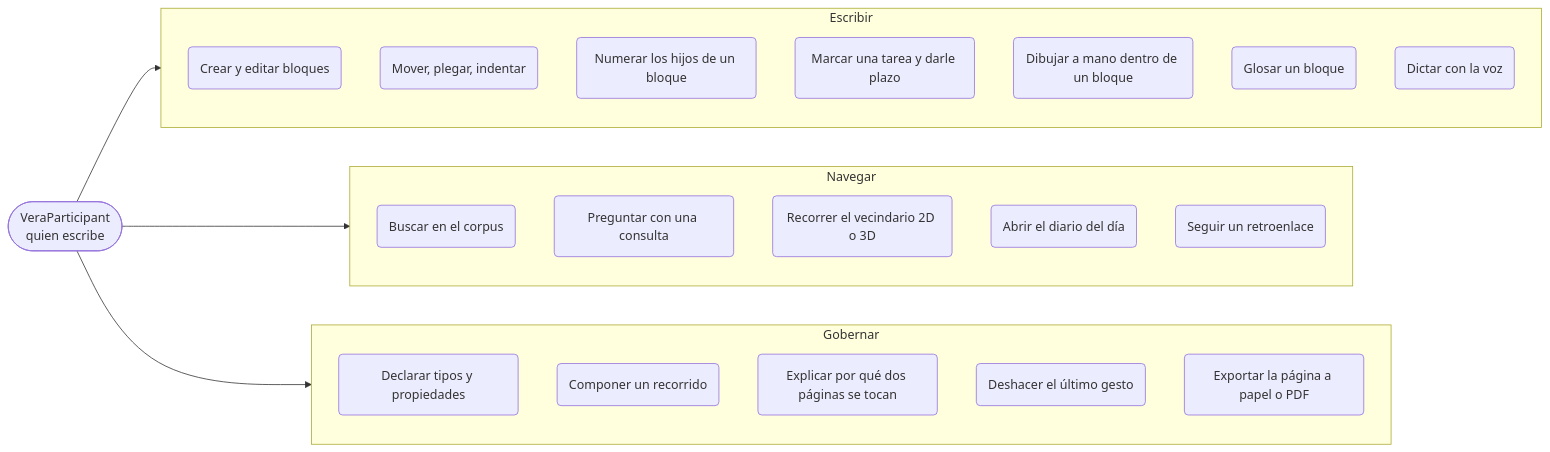
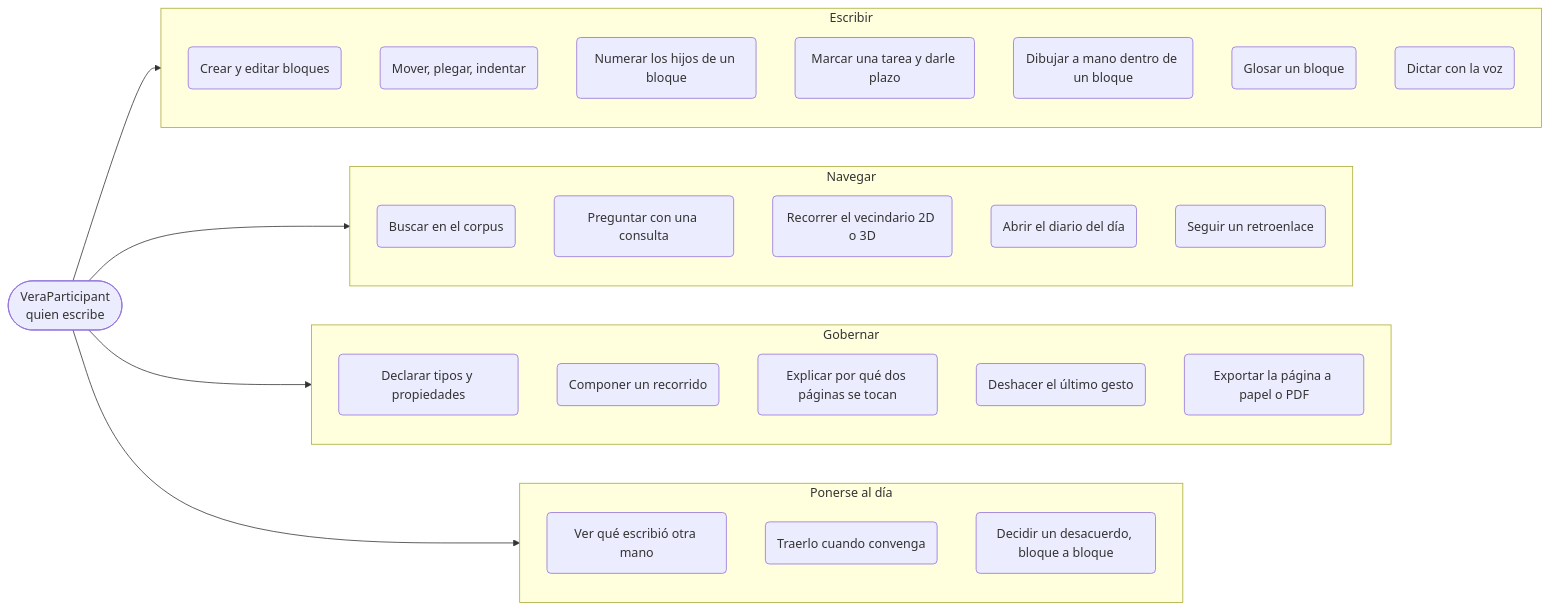
The third of 40 diagrams in docs/diagramas.md (hspencer/vera), drawn with Mermaid before and after one commit. The commit also changed other lines of this file, not shown here.

First line of the commit message:
docs: los diagramas cuentan que lo retenido se lee primero, y cómo se decide un desacuerdo

````diff
--- a/docs/diagramas.md
+++ b/docs/diagramas.md
@@ -182,34 +191,41 @@
 ```mermaid
 flowchart LR
     p(["VeraParticipant<br/>quien escribe"])
 
     subgraph escribir["Escribir"]
         u1("Crear y editar bloques")
         u2("Mover, plegar, indentar")
         u3("Numerar los hijos de un bloque")
         u4("Marcar una tarea y darle plazo")
         u5("Dibujar a mano dentro de un bloque")
         u6("Glosar un bloque")
         u7("Dictar con la voz")
     end
 
     subgraph navegar["Navegar"]
         u8("Buscar en el corpus")
         u9("Preguntar con una consulta")
         u10("Recorrer el vecindario 2D o 3D")
         u11("Abrir el diario del día")
         u12("Seguir un retroenlace")
     end
 
     subgraph gobernar["Gobernar"]
         u13("Declarar tipos y propiedades")
         u14("Componer un recorrido")
         u15("Explicar por qué dos páginas se tocan")
         u16("Deshacer el último gesto")
         u17("Exportar la página a papel o PDF")
     end
 
+    subgraph aldia["Ponerse al día"]
+        u18("Ver qué escribió otra mano")
+        u19("Traerlo cuando convenga")
+        u20("Decidir un desacuerdo, bloque a bloque")
+    end
+
     p --> escribir
     p --> navegar
     p --> gobernar
+    p --> aldia
 ```
````
